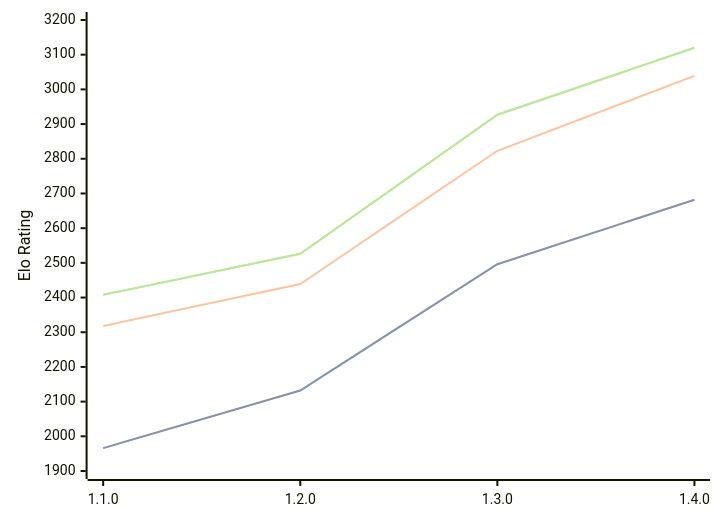
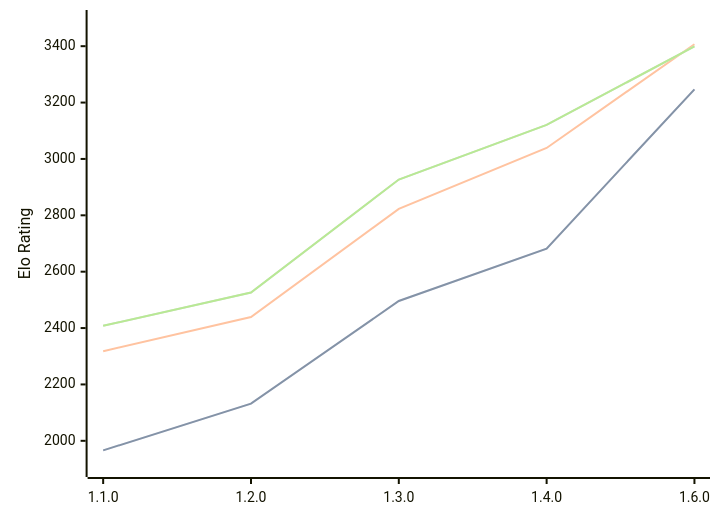
Before and after one commit to computer-chess-index/cci: the diagram in engines/Gyatso.md, drawn with Mermaid. The commit also changed other lines of this file, not shown here.

Commit message:
Update CCI Ratings (ELO VLTC) - 2026-09-27

````diff
--- a/engines/Gyatso.md
+++ b/engines/Gyatso.md
@@ -36,11 +37,11 @@
 ```mermaid
 %%{init: {"theme":"base","themeVariables":{"seriesColors:['#a3a3a3','#222221','#faa371']}}}%%
 xychart-beta
-  x-axis ["1.1.0", "1.2.0", "1.3.0", "1.4.0"]
-  y-axis "Elo Rating" 1900 --> 3200
-  line "" [1966, 2132, 2496, 2682]
-  line "STC (8.0+0.08s)" [1966, 2132, 2496, 2682]
-  line "LTC (60.0+0.60s)" [2318, 2439, 2823, 3039]
-  line "" [2408, 2526, 2927, 3120]
-  line "VLTC (2m24s+1.12s)" [2408, 2526, 2927, 3120]
+  x-axis ["1.1.0", "1.2.0", "1.3.0", "1.4.0", "1.6.0"]
+  y-axis "Elo Rating" 1900 --> 3500
+  line "" [1966, 2132, 2496, 2682, 3247]
+  line "STC (8.0+0.08s)" [1966, 2132, 2496, 2682, 3247]
+  line "LTC (60.0+0.60s)" [2318, 2439, 2823, 3039, 3407]
+  line "" [2408, 2526, 2927, 3121, 3399]
+  line "VLTC (2m24s+1.12s)" [2408, 2526, 2927, 3121, 3399]
 ```
````
